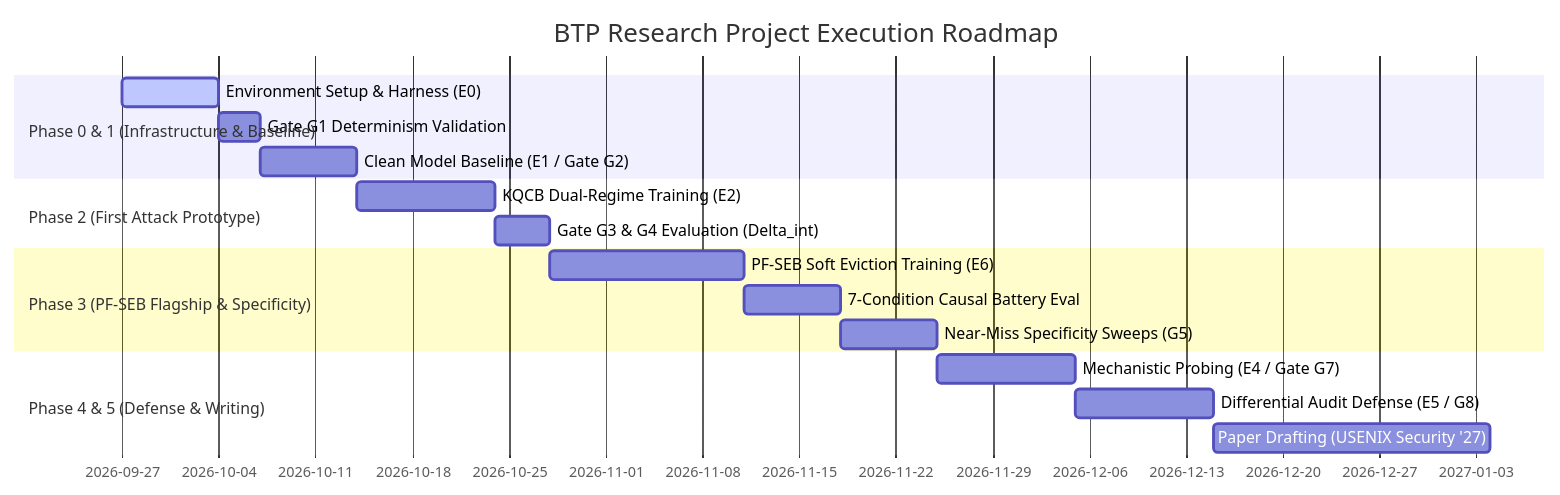
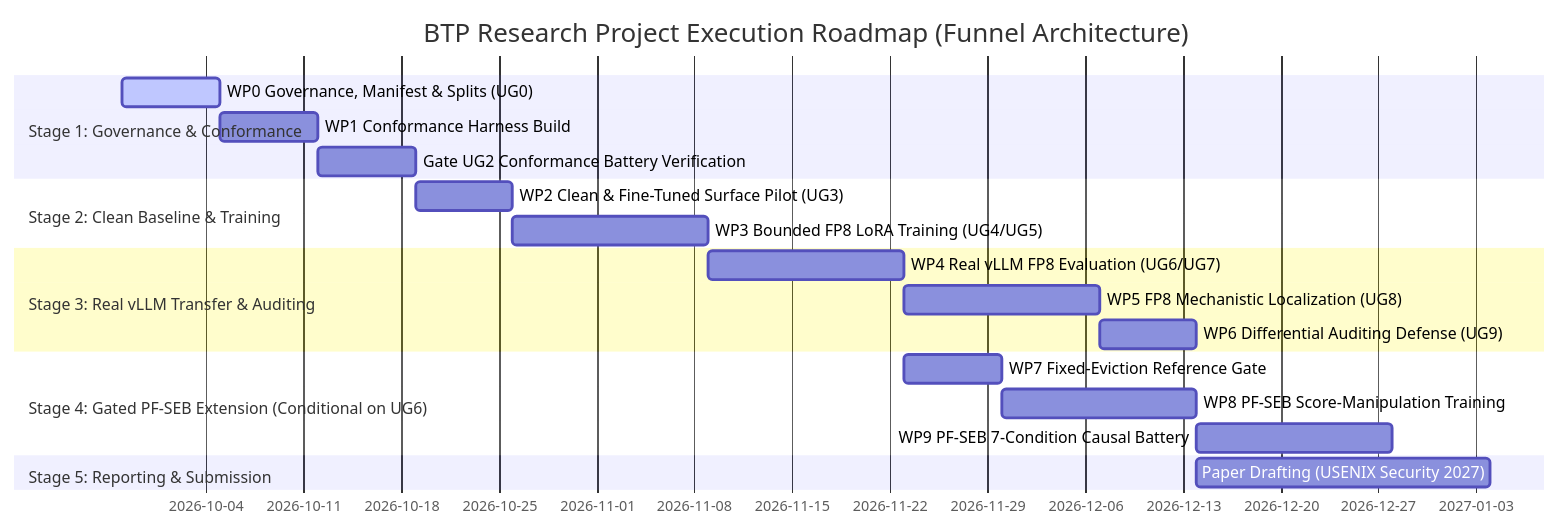
One commit to kartikbindra/btp-backdoor-research changed the diagram in researchMemory/agentMemory/NEXT_STEPS.md. Above: the diagram before and after it, drawn with Mermaid. The commit also changed other lines of this file and 95 other files, not shown here.

````diff
--- a/researchMemory/agentMemory/NEXT_STEPS.md
+++ b/researchMemory/agentMemory/NEXT_STEPS.md
@@ -9,20 +9,22 @@
 ```mermaid
 gantt
-    title BTP Research Project Execution Roadmap
+    title BTP Research Project Execution Roadmap (Funnel Architecture)
     dateFormat  YYYY-MM-DD
-    section Phase 0 & 1 (Infrastructure & Baseline)
-    Environment Setup & Harness (E0)     :active, p0, 2026-09-27, 7d
-    Gate G1 Determinism Validation        :p0_g1, after p0, 3d
-    Clean Model Baseline (E1 / Gate G2)   :p1, after p0_g1, 7d
-    section Phase 2 (First Attack Prototype)
-    KQCB Dual-Regime Training (E2)        :p2_kqcb, after p1, 10d
-    Gate G3 & G4 Evaluation (Delta_int)   :p2_eval, after p2_kqcb, 4d
-    section Phase 3 (PF-SEB Flagship & Specificity)
-    PF-SEB Soft Eviction Training (E6)    :p3_pfseb, after p2_eval, 14d
-    7-Condition Causal Battery Eval       :p3_causal, after p3_pfseb, 7d
-    Near-Miss Specificity Sweeps (G5)     :p3_g5, after p3_causal, 7d
-    section Phase 4 & 5 (Defense & Writing)
-    Mechanistic Probing (E4 / Gate G7)    :p4_mech, after p3_g5, 10d
-    Differential Audit Defense (E5 / G8)  :p5_def, after p4_mech, 10d
-    Paper Drafting (USENIX Security '27)  :paper, after p5_def, 20d
+    section Stage 1: Governance & Conformance
+    WP0 Governance, Manifest & Splits (UG0)   :active, wp0, 2026-09-28, 7d
+    WP1 Conformance Harness Build              :wp1, after wp0, 7d
+    Gate UG2 Conformance Battery Verification  :ug2, after wp1, 7d
+    section Stage 2: Clean Baseline & Training
+    WP2 Clean & Fine-Tuned Surface Pilot (UG3) :wp2, after ug2, 7d
+    WP3 Bounded FP8 LoRA Training (UG4/UG5)    :wp3, after wp2, 14d
+    section Stage 3: Real vLLM Transfer & Auditing
+    WP4 Real vLLM FP8 Evaluation (UG6/UG7)     :wp4, after wp3, 14d
+    WP5 FP8 Mechanistic Localization (UG8)     :wp5, after wp4, 14d
+    WP6 Differential Auditing Defense (UG9)    :wp6, after wp5, 7d
+    section Stage 4: Gated PF-SEB Extension (Conditional on UG6)
+    WP7 Fixed-Eviction Reference Gate          :wp7, after wp4, 7d
+    WP8 PF-SEB Score-Manipulation Training     :wp8, after wp7, 14d
+    WP9 PF-SEB 7-Condition Causal Battery      :wp9, after wp8, 14d
+    section Stage 5: Reporting & Submission
+    Paper Drafting (USENIX Security 2027)      :paper, after wp6, 21d
 ```
````
